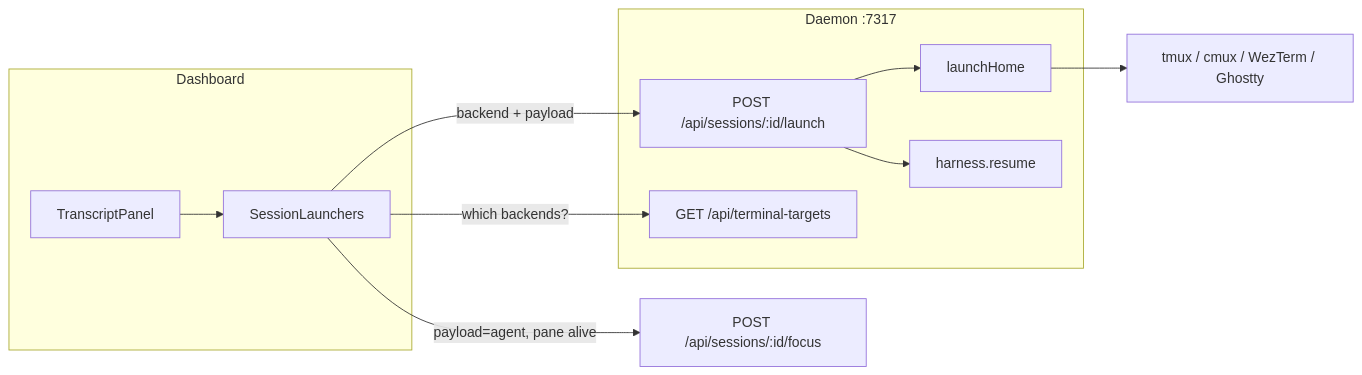
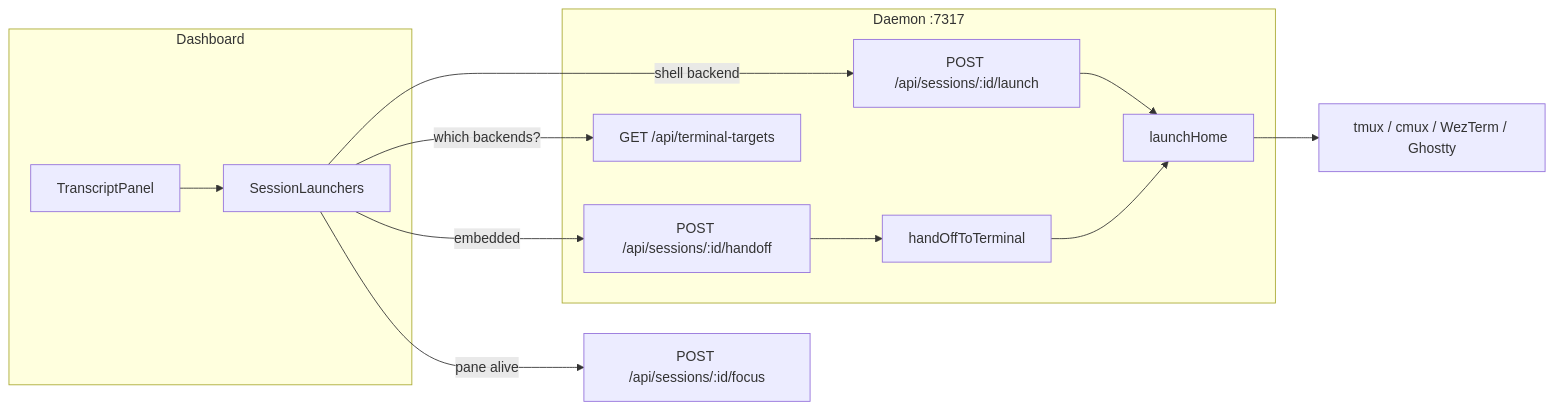
Before and after one commit to teamupstart/mission-control: the diagram in docs/plans/session-launchers/plan.md, drawn with Mermaid. The commit also changed other lines of this file and 10 other files, not shown here.

Commit message:
no-mistakes(review): Remove unsafe exited-session agent resume

````diff
--- a/docs/plans/session-launchers/plan.md
+++ b/docs/plans/session-launchers/plan.md
@@ -210,18 +210,21 @@
 ```mermaid
 flowchart LR
   subgraph browser[Dashboard]
     T[TranscriptPanel] --> L[SessionLaunchers]
   end
   subgraph daemon[Daemon :7317]
     R[POST /api/sessions/:id/launch]
+    O[POST /api/sessions/:id/handoff]
     V[GET /api/terminal-targets]
     H[launchHome]
-    HR[harness.resume]
+    HR[handOffToTerminal]
   end
   L -- which backends? --> V
-  L -- backend + payload --> R
-  L -- payload=agent, pane alive --> F[POST /api/sessions/:id/focus]
-  R --> HR
+  L -- shell backend --> R
+  L -- pane alive --> F[POST /api/sessions/:id/focus]
+  L -- embedded --> O
+  O --> HR
   R --> H
+  HR --> H
   H --> TB[tmux / cmux / WezTerm / Ghostty]
 ```
````
